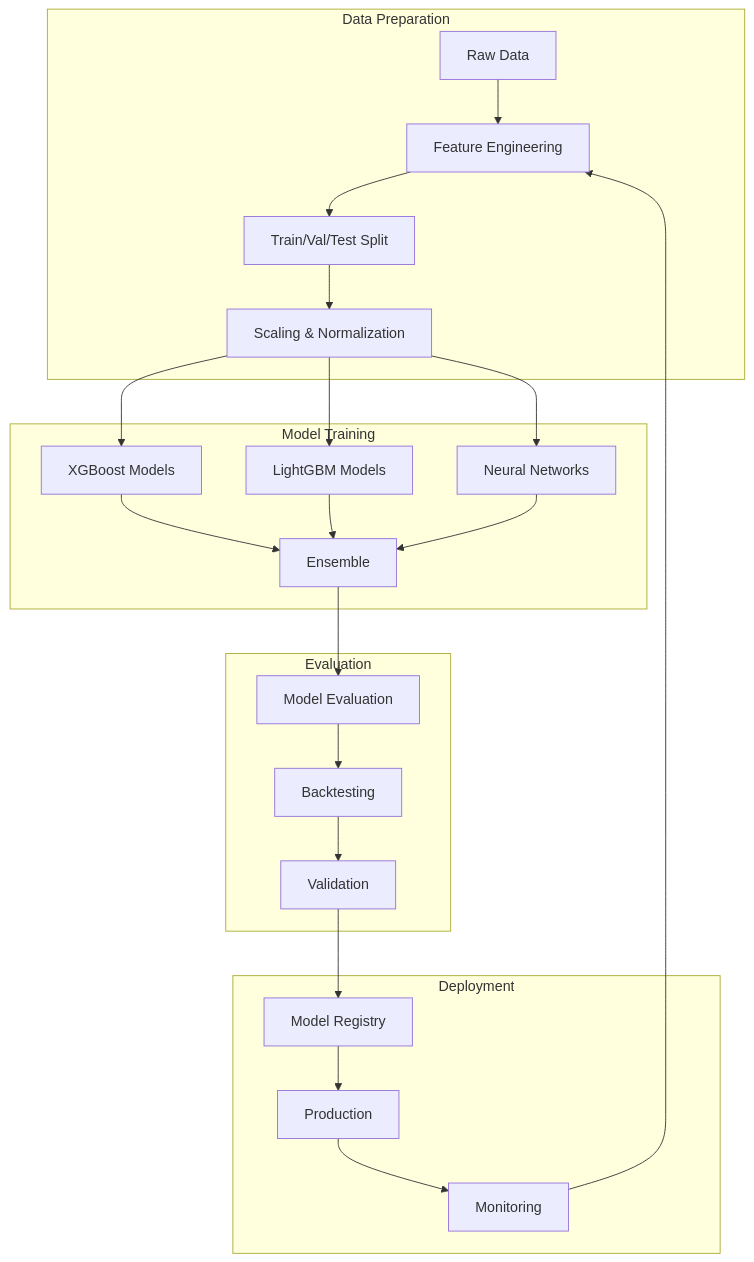
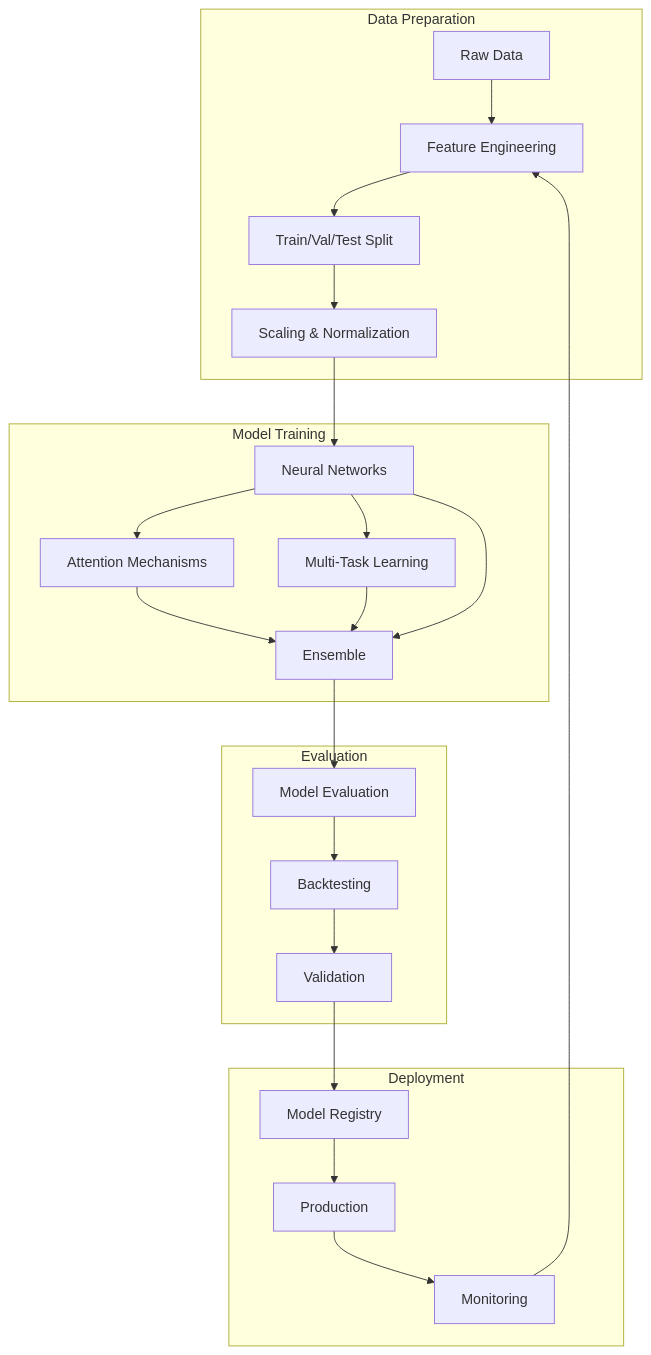
The diagram in docs/architecture/07-ml-pipeline.md (mawburn/fantasy-sports), drawn with Mermaid before and after one commit. The commit also changed other lines of this file and 21 other files, not shown here.

````diff
--- a/docs/architecture/07-ml-pipeline.md
+++ b/docs/architecture/07-ml-pipeline.md
@@ -9,45 +9,45 @@
 ```mermaid
 graph TB
     subgraph "Data Preparation"
         RAW[Raw Data]
         FE[Feature Engineering]
         SPLIT[Train/Val/Test Split]
         SCALE[Scaling & Normalization]
     end
 
     subgraph "Model Training"
-        XGB[XGBoost Models]
-        LGBM[LightGBM Models]
         NN[Neural Networks]
+        ATT[Attention Mechanisms]
+        MTL[Multi-Task Learning]
         ENS[Ensemble]
     end
 
     subgraph "Evaluation"
         EVAL[Model Evaluation]
         BACK[Backtesting]
         VAL[Validation]
     end
 
     subgraph "Deployment"
         REG[Model Registry]
         PROD[Production]
         MON[Monitoring]
     end
 
     RAW --> FE
     FE --> SPLIT
     SPLIT --> SCALE
-    SCALE --> XGB
-    SCALE --> LGBM
     SCALE --> NN
-    XGB --> ENS
-    LGBM --> ENS
+    NN --> ATT
+    NN --> MTL
+    ATT --> ENS
+    MTL --> ENS
     NN --> ENS
     ENS --> EVAL
     EVAL --> BACK
     BACK --> VAL
     VAL --> REG
     REG --> PROD
     PROD --> MON
     MON --> FE
 ```
````
